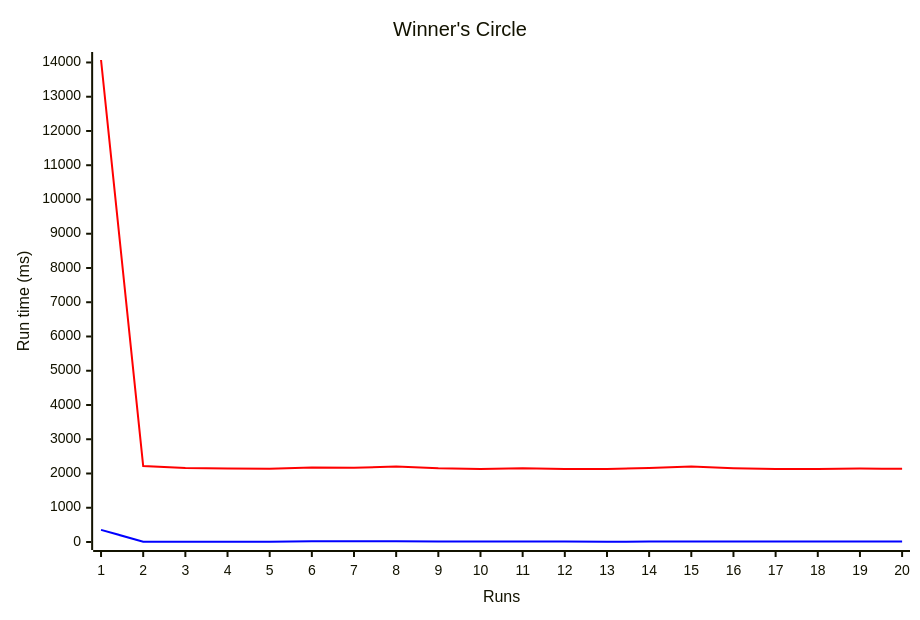
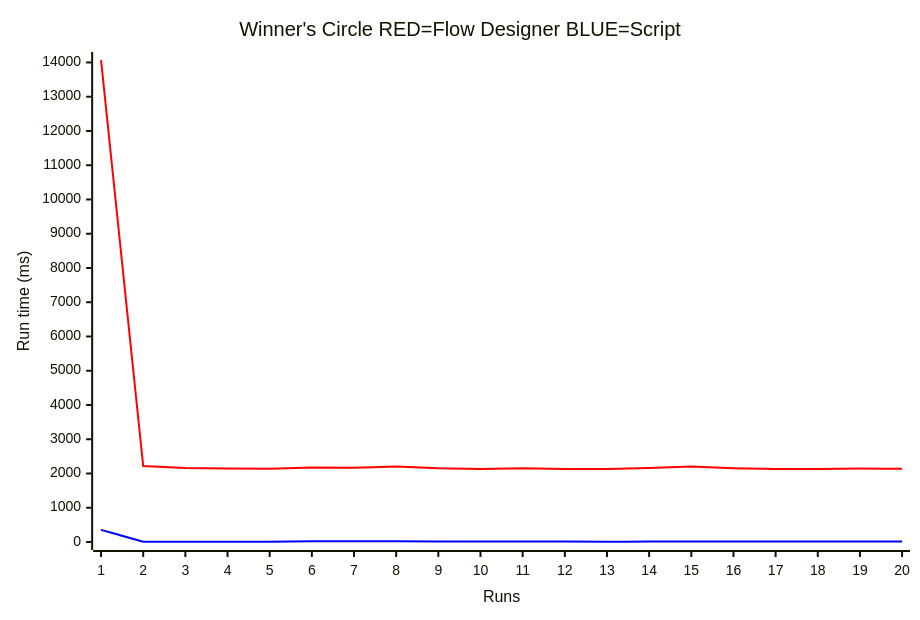
Before and after one commit to ibisset/flow_versus_script: the diagram in flow-versus-script.md, drawn with Mermaid.

Commit message:
Improve text

````diff
--- a/flow-versus-script.md
+++ b/flow-versus-script.md
@@ -33,20 +33,20 @@
 ```mermaid
 ---
 config:
     xyChart:
         width: 900
         height: 600
         showDataLabel: true
     themeVariables:
         xyChart:
             plotColorPalette: '#FF0000, #0000FF'
 ---
 xychart-beta
-    title "Winner's Circle"
+    title "Winner's Circle RED=Flow Designer BLUE=Script"
     x-axis "Runs" [1, 2, 3, 4, 5, 6, 7, 8, 9, 10, 11, 12, 13, 14, 15, 16, 17, 18, 19, 20]
     y-axis "Run time (ms)" 0 --> 14072
     %% Red line
     line [14072,2216,2163,2143,2141,2178,2170,2203,2150,2132,2150,2131,2132,2159,2202,2156,2130,2133,2143,2139]
     %% Blue line
     line [355,10,10,10,10,24,23,21,18,11,11,11,10,11,11,11,13,17,16,16]
 ```
````
